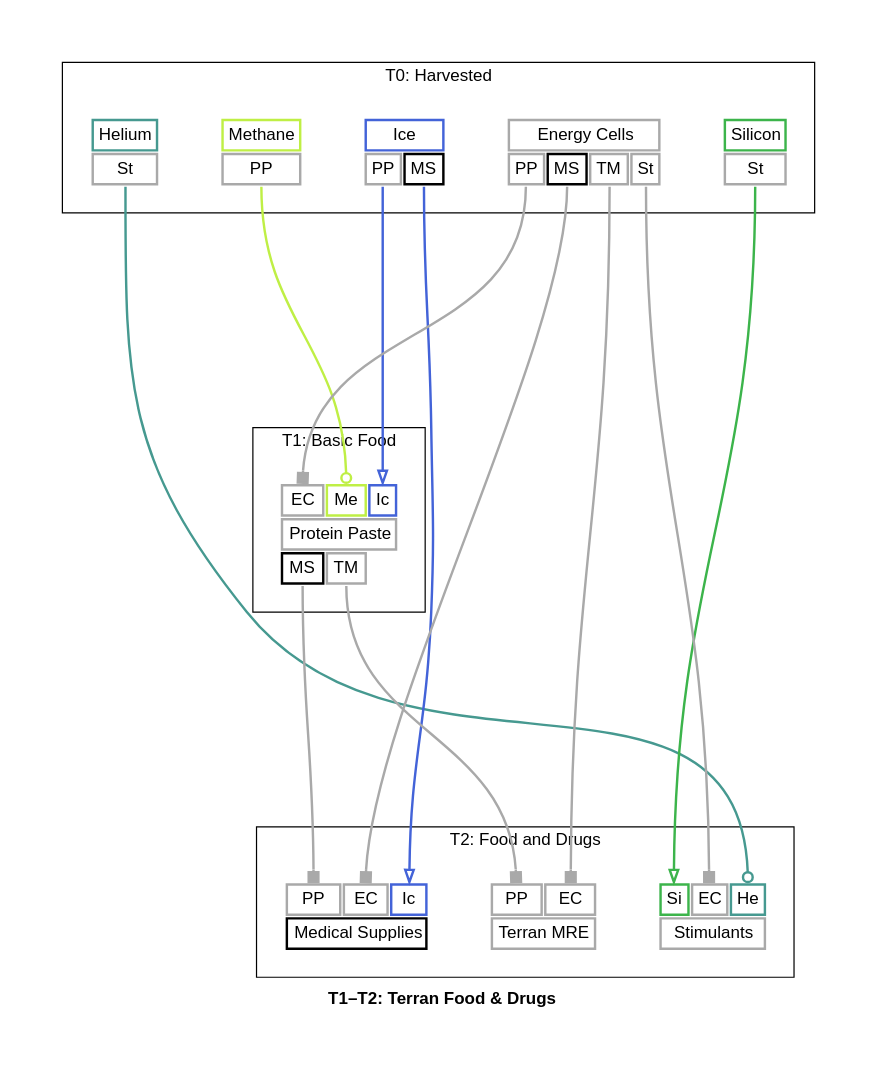
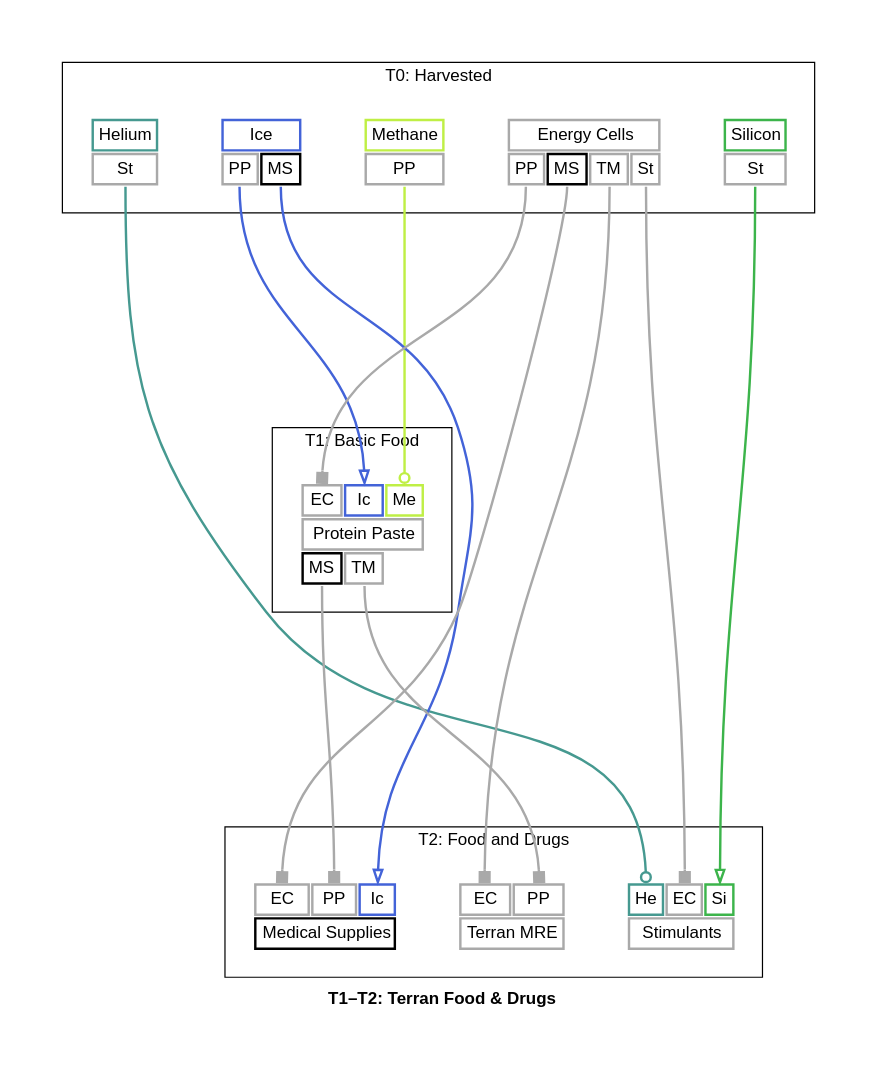
One commit to borntyping/x4-diagrams changed the diagram in docs/t1_t2_terran_food_drugs_graph_full.dot. Above: the diagram before and after it, drawn with Graphviz. The commit also changed other lines of this file and 73 other files, not shown here.

```diff
--- a/docs/t1_t2_terran_food_drugs_graph_full.dot
+++ b/docs/t1_t2_terran_food_drugs_graph_full.dot
@@ -1,175 +1,175 @@
 digraph "X4 Economy" {
 	edge [arrowType=normal]
 	compound=true fontname="Helvetica,Arial,sans-serif"
 	label=<<b>T1–T2: Terran Food &amp; Drugs</b>>
 	graph [nodesep=0.3 pad=0.5 ranksep=3]
 	node [color=slategray1 fontname="Helvetica,Arial,sans-serif" margin=0.2 penwidth=2.0 shape=plaintext]
 	edge [arrowhead=normal arrowsize=1.0 fontname="Helvetica,Arial,sans-serif" headport=n penwidth=2.0 tailport=s]
 	subgraph 0 {
 		cluster=true label="T0: Harvested"
 		helium [label=<<table border="0" cellborder="2" cellpadding="4" cellspacing="1" fixedsize="false" id="helium" port="output">
   
   <tr>
     <td align="text" bgcolor="white" color="#469990" colspan="1">Helium</td>
   </tr>
   
     <tr>
       
         <td align="text" bgcolor="white" color="#a9a9a9" port="stimulants">St</td>
       
     </tr>
   
 </table>>]
 		methane [label=<<table border="0" cellborder="2" cellpadding="4" cellspacing="1" fixedsize="false" id="methane" port="output">
   
   <tr>
     <td align="text" bgcolor="white" color="#bfef45" colspan="1">Methane</td>
   </tr>
   
     <tr>
       
         <td align="text" bgcolor="white" color="#a9a9a9" port="protein_paste">PP</td>
       
     </tr>
   
 </table>>]
 		silicon [label=<<table border="0" cellborder="2" cellpadding="4" cellspacing="1" fixedsize="false" id="silicon" port="output">
   
   <tr>
     <td align="text" bgcolor="white" color="#3cb44b" colspan="1">Silicon</td>
   </tr>
   
     <tr>
       
         <td align="text" bgcolor="white" color="#a9a9a9" port="stimulants">St</td>
       
     </tr>
   
 </table>>]
 		ice [label=<<table border="0" cellborder="2" cellpadding="4" cellspacing="1" fixedsize="false" id="ice" port="output">
   
   <tr>
     <td align="text" bgcolor="white" color="#4363d8" colspan="2">Ice</td>
   </tr>
   
     <tr>
       
         <td align="text" bgcolor="white" color="#a9a9a9" port="protein_paste">PP</td>
       
         <td align="text" bgcolor="white" color="#000000" port="medical_supplies">MS</td>
       
     </tr>
   
 </table>>]
 		energy_cells [label=<<table border="0" cellborder="2" cellpadding="4" cellspacing="1" fixedsize="false" id="energy_cells" port="output">
   
   <tr>
     <td align="text" bgcolor="white" color="#a9a9a9" colspan="4">Energy Cells</td>
   </tr>
   
     <tr>
       
         <td align="text" bgcolor="white" color="#a9a9a9" port="protein_paste">PP</td>
       
         <td align="text" bgcolor="white" color="#000000" port="medical_supplies">MS</td>
       
         <td align="text" bgcolor="white" color="#a9a9a9" port="terran_mre">TM</td>
       
         <td align="text" bgcolor="white" color="#a9a9a9" port="stimulants">St</td>
       
     </tr>
   
 </table>>]
 	}
 	subgraph 1 {
 		cluster=true label="T1: Basic Food"
 		protein_paste [label=<<table border="0" cellborder="2" cellpadding="4" cellspacing="1" fixedsize="false" id="protein_paste" port="output">
   
     <tr>
       
         <td align="text" bgcolor="white" color="#a9a9a9" port="energy_cells">EC</td>
       
+        <td align="text" bgcolor="white" color="#4363d8" port="ice">Ic</td>
+      
         <td align="text" bgcolor="white" color="#bfef45" port="methane">Me</td>
-      
-        <td align="text" bgcolor="white" color="#4363d8" port="ice">Ic</td>
       
     </tr>
   
   <tr>
     <td align="text" bgcolor="white" color="#a9a9a9" colspan="3">Protein Paste</td>
   </tr>
   
     <tr>
       
         <td align="text" bgcolor="white" color="#000000" port="medical_supplies">MS</td>
       
         <td align="text" bgcolor="white" color="#a9a9a9" port="terran_mre">TM</td>
       
     </tr>
   
 </table>>]
 	}
 	subgraph 2 {
 		cluster=true label="T2: Food and Drugs"
 		medical_supplies [label=<<table border="0" cellborder="2" cellpadding="4" cellspacing="1" fixedsize="false" id="medical_supplies" port="output">
   
     <tr>
       
+        <td align="text" bgcolor="white" color="#a9a9a9" port="energy_cells">EC</td>
+      
         <td align="text" bgcolor="white" color="#a9a9a9" port="protein_paste">PP</td>
-      
-        <td align="text" bgcolor="white" color="#a9a9a9" port="energy_cells">EC</td>
       
         <td align="text" bgcolor="white" color="#4363d8" port="ice">Ic</td>
       
     </tr>
   
   <tr>
     <td align="text" bgcolor="white" color="#000000" colspan="3">Medical Supplies</td>
   </tr>
   
 </table>>]
 		terran_mre [label=<<table border="0" cellborder="2" cellpadding="4" cellspacing="1" fixedsize="false" id="terran_mre" port="output">
   
     <tr>
       
+        <td align="text" bgcolor="white" color="#a9a9a9" port="energy_cells">EC</td>
+      
         <td align="text" bgcolor="white" color="#a9a9a9" port="protein_paste">PP</td>
-      
-        <td align="text" bgcolor="white" color="#a9a9a9" port="energy_cells">EC</td>
       
     </tr>
   
   <tr>
     <td align="text" bgcolor="white" color="#a9a9a9" colspan="2">Terran MRE</td>
   </tr>
   
 </table>>]
 		stimulants [label=<<table border="0" cellborder="2" cellpadding="4" cellspacing="1" fixedsize="false" id="stimulants" port="output">
   
     <tr>
       
-        <td align="text" bgcolor="white" color="#3cb44b" port="silicon">Si</td>
+        <td align="text" bgcolor="white" color="#469990" port="helium">He</td>
       
         <td align="text" bgcolor="white" color="#a9a9a9" port="energy_cells">EC</td>
       
-        <td align="text" bgcolor="white" color="#469990" port="helium">He</td>
+        <td align="text" bgcolor="white" color="#3cb44b" port="silicon">Si</td>
       
     </tr>
   
   <tr>
     <td align="text" bgcolor="white" color="#a9a9a9" colspan="3">Stimulants</td>
   </tr>
   
 </table>>]
 	}
 	energy_cells:protein_paste:s -> protein_paste:energy_cells:n [arrowhead=box color="#a9a9a9" weight=1.0]
 	ice:protein_paste:s -> protein_paste:ice:n [arrowhead=empty color="#4363d8" weight=1.0]
 	methane:protein_paste:s -> protein_paste:methane:n [arrowhead=odot color="#bfef45" weight=1.0]
 	energy_cells:medical_supplies:s -> medical_supplies:energy_cells:n [arrowhead=box color="#a9a9a9" weight=1.0]
 	ice:medical_supplies:s -> medical_supplies:ice:n [arrowhead=empty color="#4363d8" weight=1.0]
 	protein_paste:medical_supplies:s -> medical_supplies:protein_paste:n [arrowhead=box color="#a9a9a9" weight=1.0]
 	energy_cells:terran_mre:s -> terran_mre:energy_cells:n [arrowhead=box color="#a9a9a9" weight=1.0]
 	protein_paste:terran_mre:s -> terran_mre:protein_paste:n [arrowhead=box color="#a9a9a9" weight=1.0]
 	energy_cells:stimulants:s -> stimulants:energy_cells:n [arrowhead=box color="#a9a9a9" weight=1.0]
 	helium:stimulants:s -> stimulants:helium:n [arrowhead=odot color="#469990" weight=1.0]
 	silicon:stimulants:s -> stimulants:silicon:n [arrowhead=empty color="#3cb44b" weight=1.0]
 }
```
